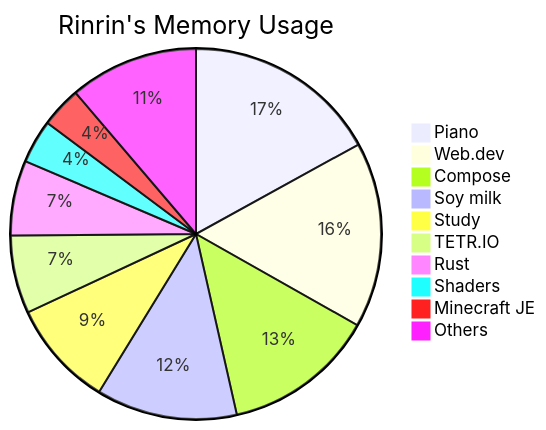
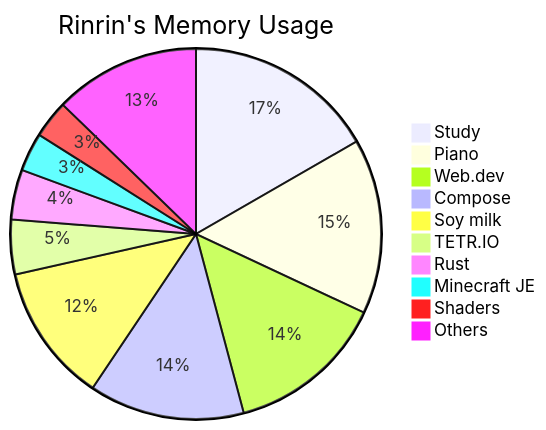
Before and after one commit to Rinrin0413/Rinrin0413: the diagram in README.md, drawn with Mermaid.

Commit message:
🛠 Update: Rinrin's Memory Usage

````diff
--- a/README.md
+++ b/README.md
@@ -76,13 +76,13 @@
 ```mermaid
 pie title Rinrin's Memory Usage
-    "Piano": 192
-    "Web.dev": 183
-    "Compose": 150
-    "Soy milk": 139
-    "Study": 105
-    "TETR.IO": 77
-    "Rust": 74
-    "Shaders": 43
-    "Minecraft JE": 40
-    "Others": 127
+    "Study": 203
+    "Piano": 186
+    "Web.dev": 169
+    "Compose": 165
+    "Soy milk": 147
+    "TETR.IO": 58
+    "Rust": 53
+    "Minecraft JE": 41
+    "Shaders": 40
+    "Others": 155
 ```
````
